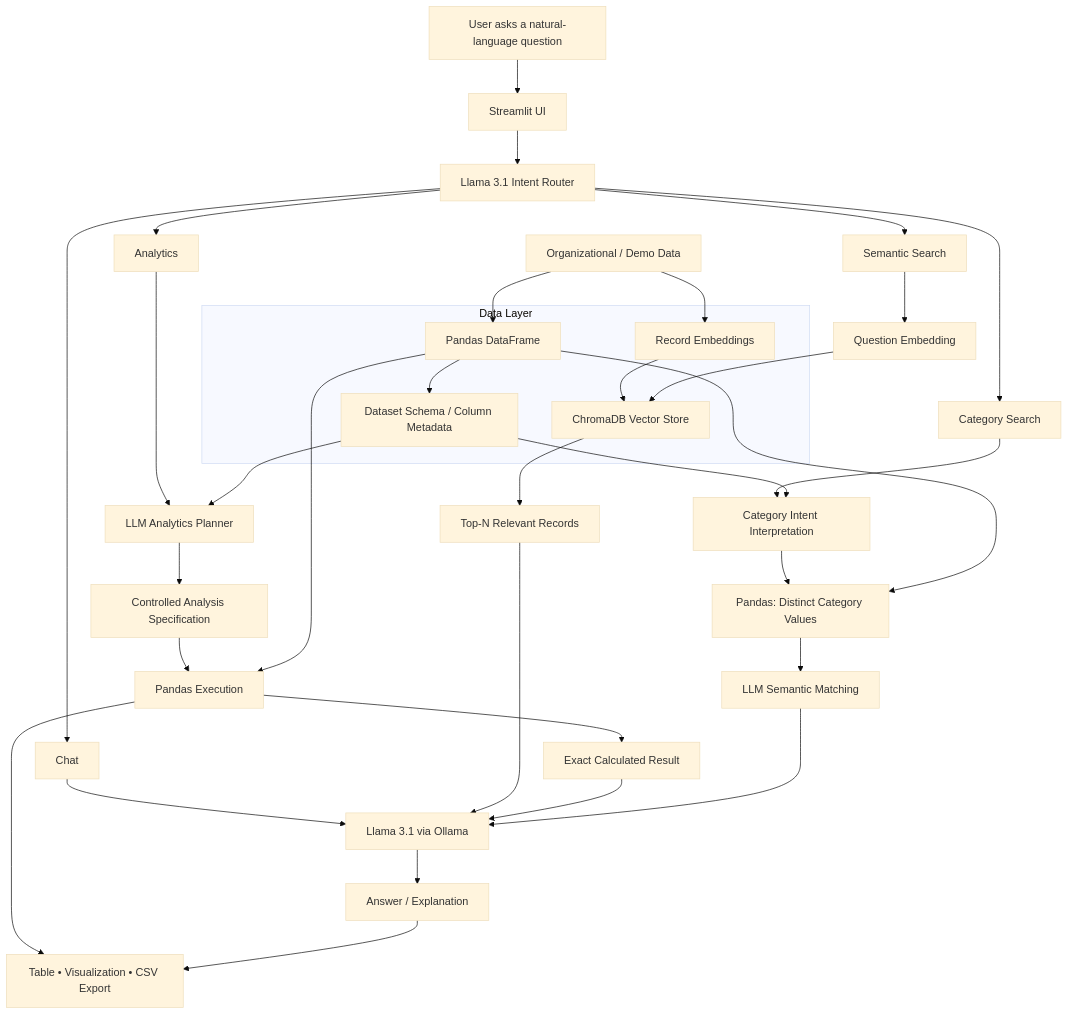
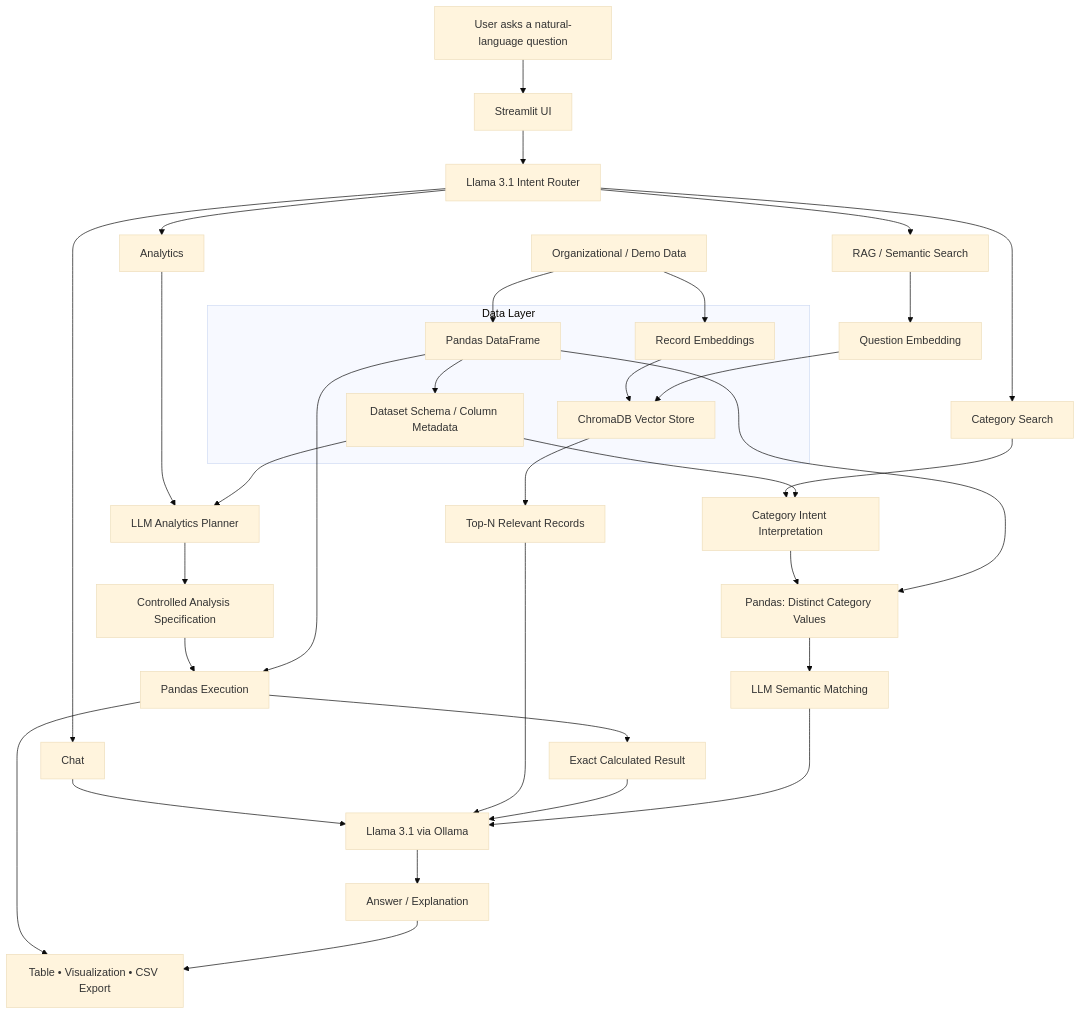
One commit to ahmed-ishtiaque/in-house-llm-data-analytics-assistant changed the diagram in README.md. Above: the diagram before and after it, drawn with Mermaid (base theme). The commit also changed other lines of this file, not shown here.

````diff
--- a/README.md
+++ b/README.md
@@ -120,50 +119,50 @@
 ```mermaid
 flowchart TD
     DATA[Organizational / Demo Data]
 
     subgraph DL[Data Layer]
         DF[Pandas DataFrame]
         SCHEMA[Dataset Schema / Column Metadata]
         EMB[Record Embeddings]
         CHROMA[ChromaDB Vector Store]
         DF --> SCHEMA
         EMB --> CHROMA
     end
 
     DATA --> DF
     DATA --> EMB
 
     USER[User asks a natural-language question] --> UI[Streamlit UI]
     UI --> ROUTER[Llama 3.1 Intent Router]
 
     ROUTER --> CHAT[Chat]
-    ROUTER --> SEM[Semantic Search]
+    ROUTER --> SEM[RAG / Semantic Search]
     ROUTER --> ANA[Analytics]
     ROUTER --> CAT[Category Search]
 
     CHAT --> LLM[Llama 3.1 via Ollama]
 
     SEM --> QEMB[Question Embedding]
     QEMB --> CHROMA
     CHROMA --> CONTEXT[Top-N Relevant Records]
     CONTEXT --> LLM
 
     ANA --> PLAN[LLM Analytics Planner]
     SCHEMA --> PLAN
     PLAN --> CONTROL[Controlled Analysis Specification]
     CONTROL --> EXEC[Pandas Execution]
     DF --> EXEC
     EXEC --> CALC[Exact Calculated Result]
     CALC --> LLM
 
     CAT --> CATPLAN[Category Intent Interpretation]
     SCHEMA --> CATPLAN
     CATPLAN --> DISTINCT[Pandas: Distinct Category Values]
     DF --> DISTINCT
     DISTINCT --> MATCH[LLM Semantic Matching]
     MATCH --> LLM
 
     LLM --> OUTPUT[Answer / Explanation]
     EXEC --> PRESENT[Table • Visualization • CSV Export]
     OUTPUT --> PRESENT
 ```
````
